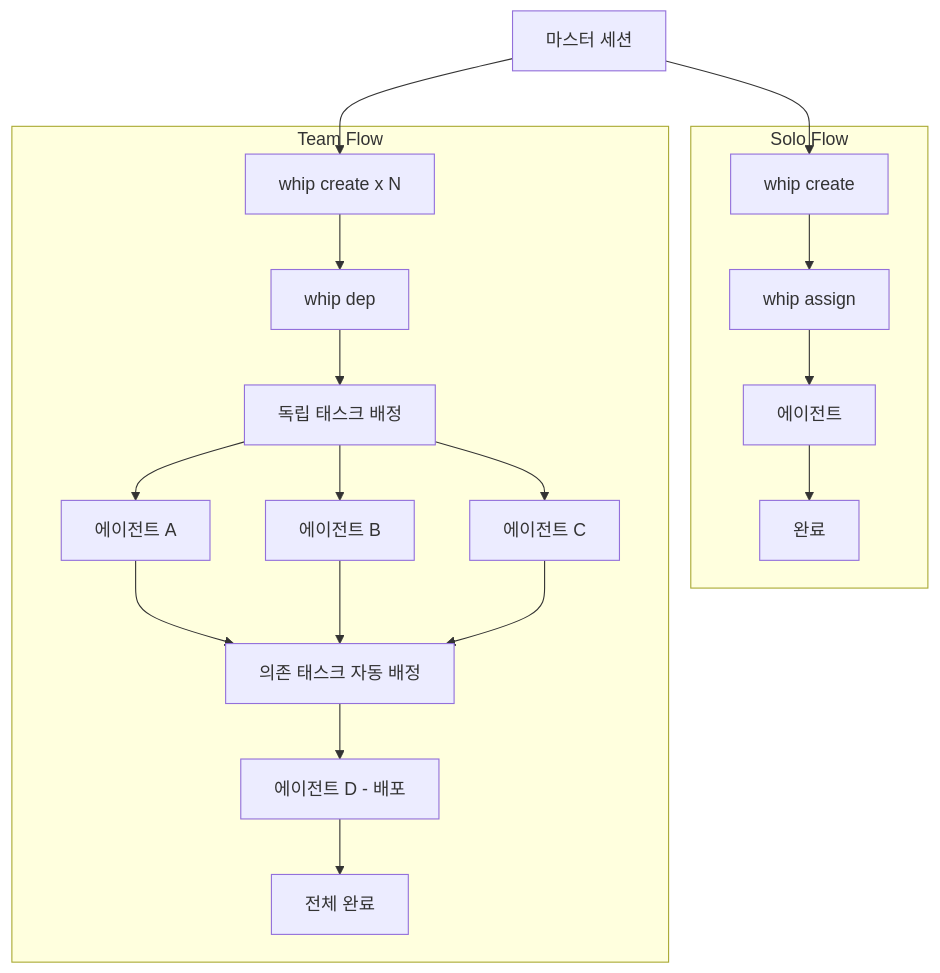
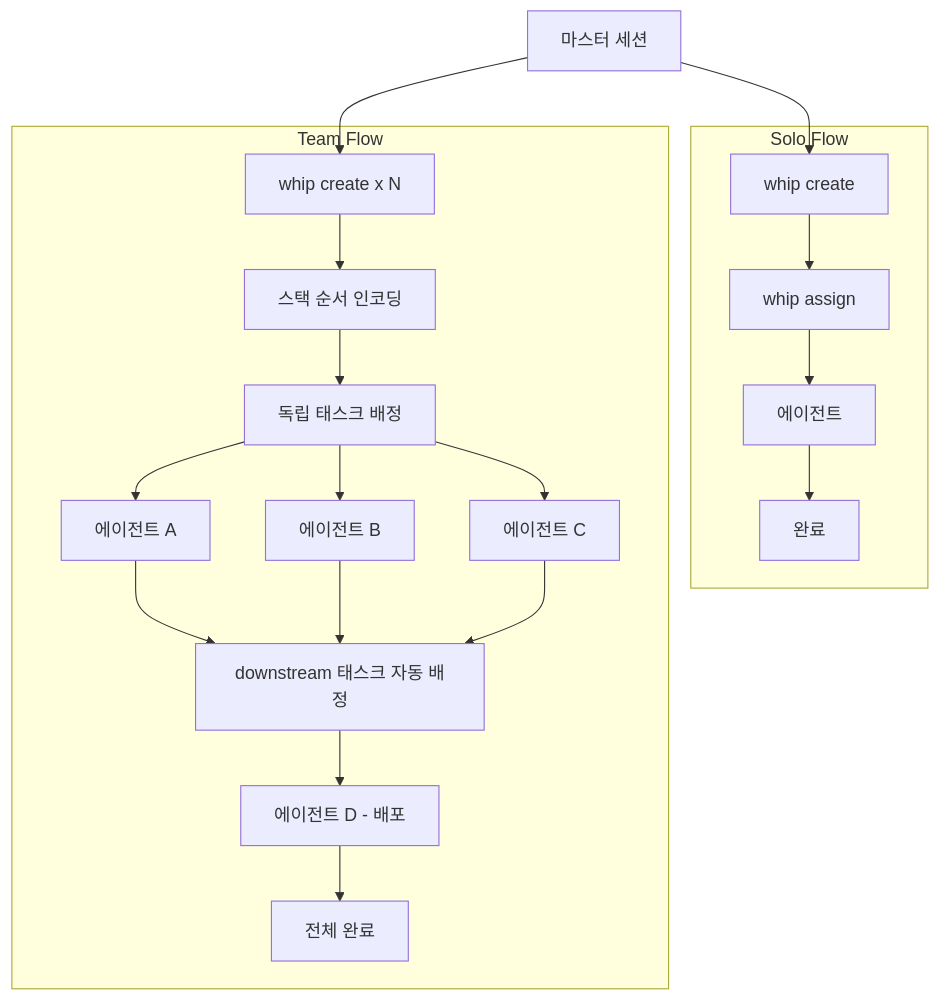
Before and after one commit to DongGukMon/ai-tools: the second of 3 diagrams in whip/docs/workflow-ko.md, drawn with Mermaid. The commit also changed other lines of this file and 14 other files, not shown here.

````diff
--- a/whip/docs/workflow-ko.md
+++ b/whip/docs/workflow-ko.md
@@ -284,26 +284,26 @@
 ```mermaid
 flowchart TB
     Master[마스터 세션]
 
     subgraph "Solo Flow"
         S_Create[whip create] --> S_Assign[whip assign]
         S_Assign --> S_Agent[에이전트]
         S_Agent --> S_Done[완료]
     end
 
     subgraph "Team Flow"
-        T_Create[whip create x N] --> T_Dep[whip dep]
+        T_Create[whip create x N] --> T_Dep[스택 순서 인코딩]
         T_Dep --> T_Assign[독립 태스크 배정]
         T_Assign --> T_A1[에이전트 A]
         T_Assign --> T_A2[에이전트 B]
         T_Assign --> T_A3[에이전트 C]
-        T_A1 --> T_Auto[의존 태스크 자동 배정]
+        T_A1 --> T_Auto[downstream 태스크 자동 배정]
         T_A2 --> T_Auto
         T_A3 --> T_Auto
         T_Auto --> T_A4[에이전트 D - 배포]
         T_A4 --> T_Done[전체 완료]
     end
 
     Master --> S_Create
     Master --> T_Create
 ```
````
